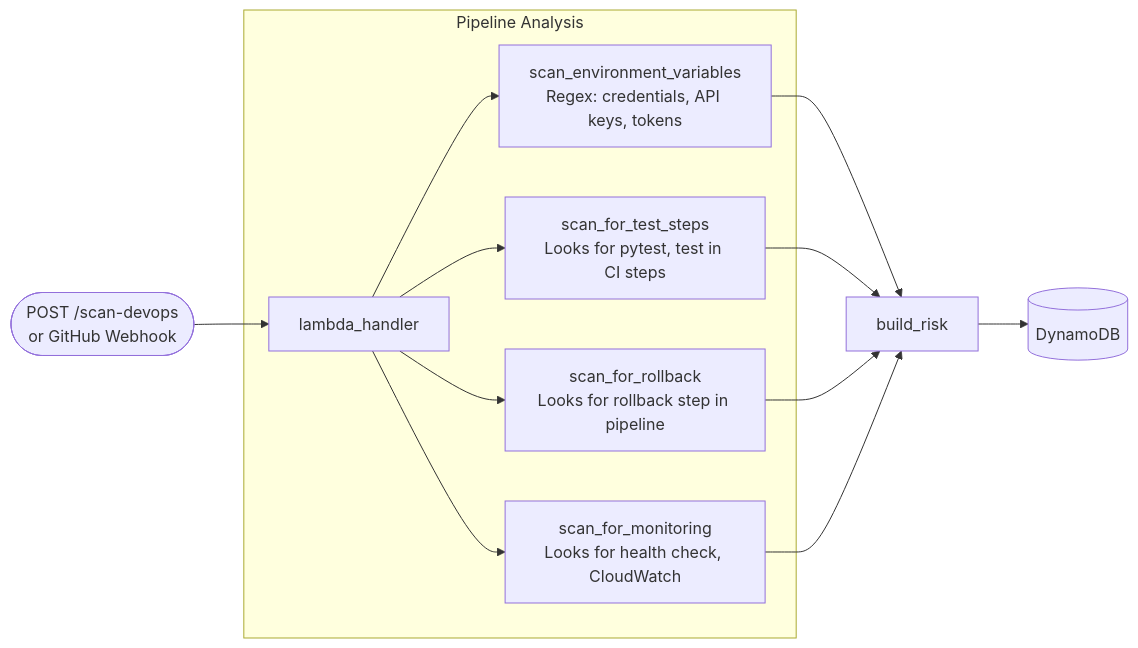
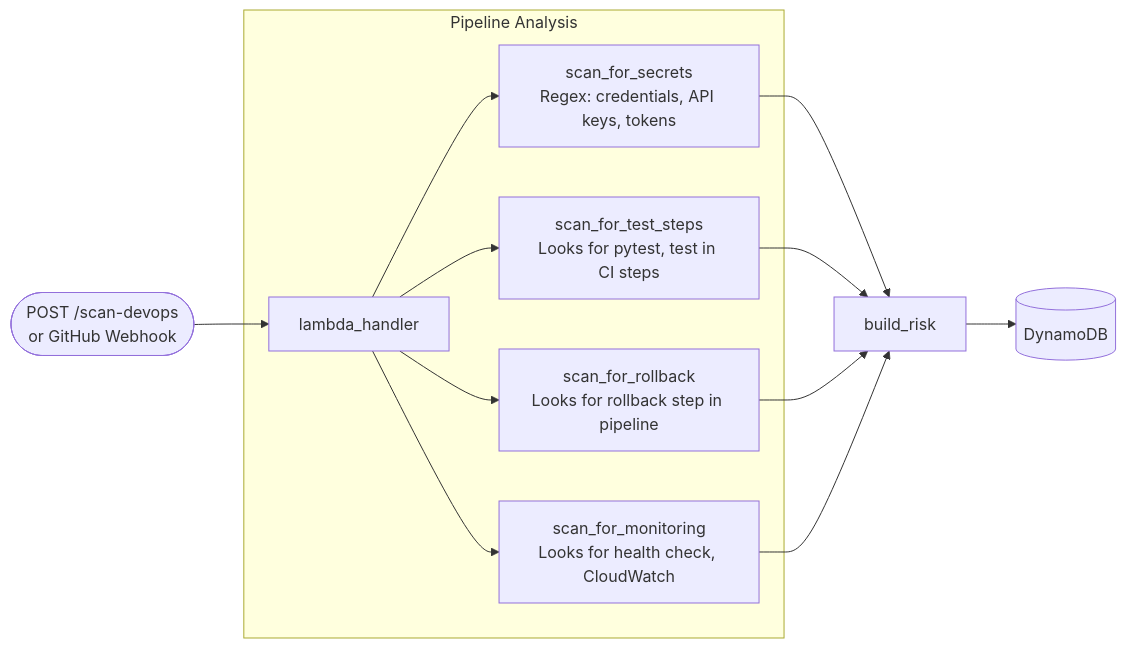
Before and after one commit to Sayyaddsameer/CloudSentinel_AI: the third of 12 diagrams in ARCHITECTURE.md, drawn with Mermaid. The commit also changed other lines of this file and 552 other files, not shown here.

````diff
--- a/ARCHITECTURE.md
+++ b/ARCHITECTURE.md
@@ -191,17 +185,17 @@
 ```mermaid
 flowchart LR
     Trigger([POST /scan-devops\nor GitHub Webhook]) --> Handler[lambda_handler]
 
     subgraph Pipeline Analysis
-        Handler --> Secrets[scan_environment_variables\nRegex: credentials, API keys, tokens]
+        Handler --> Secrets[scan_for_secrets\nRegex: credentials, API keys, tokens]
         Handler --> Tests[scan_for_test_steps\nLooks for pytest, test in CI steps]
         Handler --> Rollback[scan_for_rollback\nLooks for rollback step in pipeline]
         Handler --> Monitor[scan_for_monitoring\nLooks for health check, CloudWatch]
     end
 
     Secrets --> Risk[build_risk]
     Tests --> Risk
     Rollback --> Risk
     Monitor --> Risk
     Risk --> DDB[(DynamoDB)]
 ```
````
